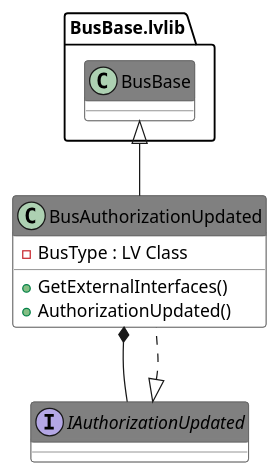
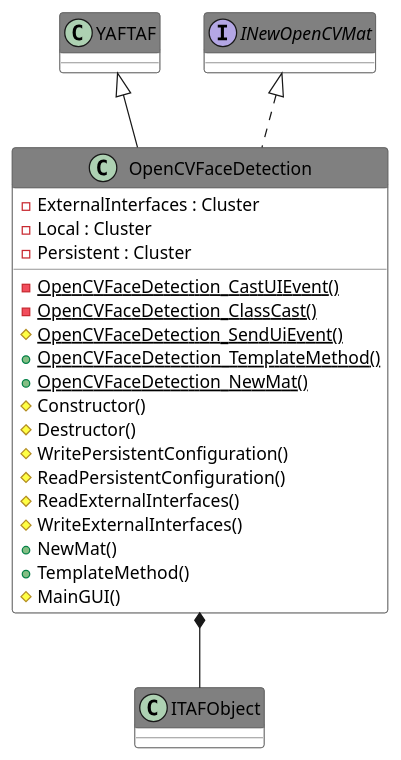
One commit to PatriekBruins/TriekselsoftApplicationFramework changed the diagram in Source/Antidoc-Output/Includes/047.adoc. Above: the diagram before and after it, drawn with PlantUML. The commit also changed other lines of this file and 692 other files, not shown here.

```diff
--- a/Source/Antidoc-Output/Includes/047.adoc
+++ b/Source/Antidoc-Output/Includes/047.adoc
@@ -8,26 +8,40 @@
 [plantuml, format="svg", align="center"]
 ....
 @startuml
 set namespaceSeparator :
 skinparam ClassBackgroundColor #FFFFFF
 skinparam ClassBorderColor #555555
 skinparam ClassFontColor #000000
 skinparam ClassHeaderBackgroundColor #808080
 
 skinparam top to bottom direction
-class "BusAuthorizationUpdated" {
-{field} -BusType : LV Class
-{method} +GetExternalInterfaces()
-{method} +AuthorizationUpdated()
+class "OpenCVFaceDetection" {
+{field} -ExternalInterfaces : Cluster
+{field} -Local : Cluster
+{field} -Persistent : Cluster
+{static} {method} -OpenCVFaceDetection_CastUIEvent()
+{static} {method} -OpenCVFaceDetection_ClassCast()
+{static} {method} #OpenCVFaceDetection_SendUiEvent()
+{static} {method} +OpenCVFaceDetection_TemplateMethod()
+{static} {method} +OpenCVFaceDetection_NewMat()
+{method} #Constructor()
+{method} #Destructor()
+{method} #WritePersistentConfiguration()
+{method} #ReadPersistentConfiguration()
+{method} #ReadExternalInterfaces()
+{method} #WriteExternalInterfaces()
+{method} +NewMat()
+{method} +TemplateMethod()
+{method} #MainGUI()
 
 }
-"BusBase.lvlib:BusBase" <|-- "BusAuthorizationUpdated"
-"IAuthorizationUpdated" <|.. "BusAuthorizationUpdated"
-interface "IAuthorizationUpdated" {}
+"YAFTAF" <|-- "OpenCVFaceDetection"
+"INewOpenCVMat" <|.. "OpenCVFaceDetection"
+interface "INewOpenCVMat" {}
 
-"BusAuthorizationUpdated" *-- "IAuthorizationUpdated"
+"OpenCVFaceDetection" *-- "ITAFObject"
 
 
 
 @enduml
 ....
```
